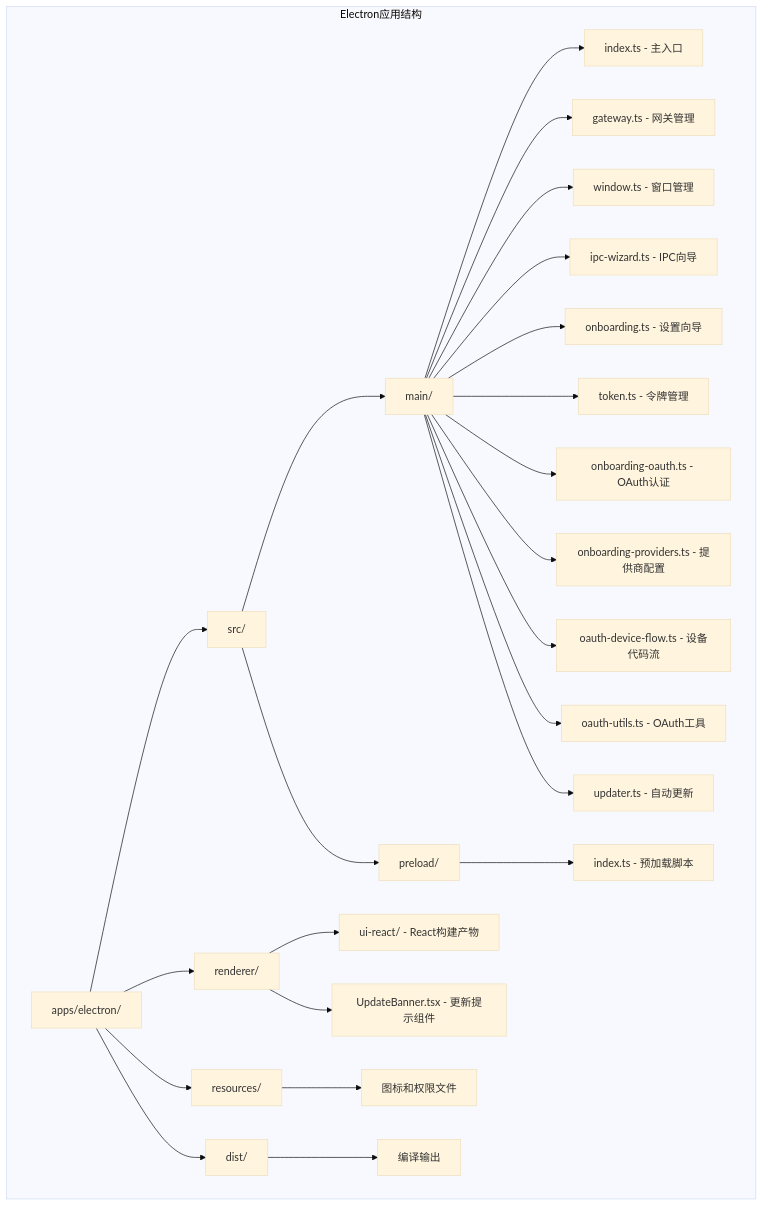
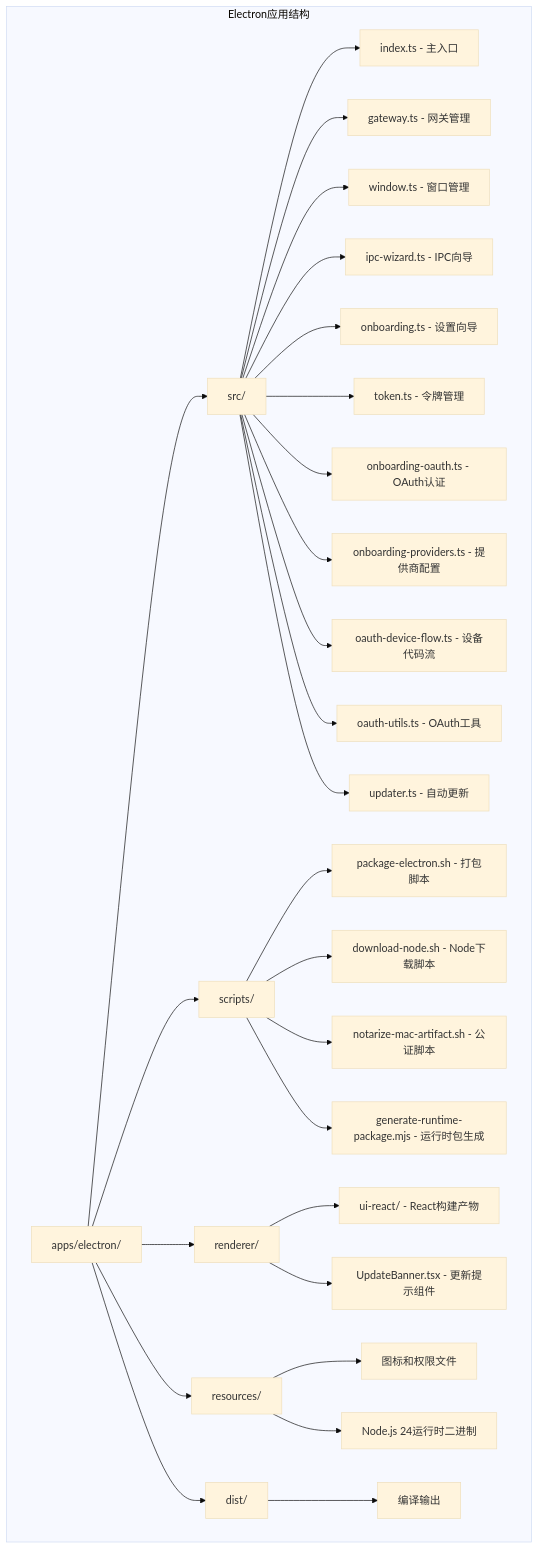
Before and after one commit to verse-ai-org/openclaw: the first of 41 diagrams in .qoder/repowiki/zh/content/核心概念/Electron应用增强.md, drawn with Mermaid (base theme). The commit also changed other lines of this file and 22 other files, not shown here.

````diff
--- a/.qoder/repowiki/zh/content/核心概念/Electron应用增强.md
+++ b/.qoder/repowiki/zh/content/核心概念/Electron应用增强.md
@@ -90,27 +105,30 @@
 ```mermaid
 graph TB
 subgraph "Electron应用结构"
 A[apps/electron/] --> B[src/]
 A --> C[renderer/]
 A --> D[resources/]
 A --> E[dist/]
-B --> F[main/]
-B --> G[preload/]
-F --> H[index.ts - 主入口]
-F --> I[gateway.ts - 网关管理]
-F --> J[window.ts - 窗口管理]
-F --> K[ipc-wizard.ts - IPC向导]
-F --> L[onboarding.ts - 设置向导]
-F --> M[token.ts - 令牌管理]
-F --> N[onboarding-oauth.ts - OAuth认证]
-F --> O[onboarding-providers.ts - 提供商配置]
-F --> P[oauth-device-flow.ts - 设备代码流]
-F --> Q[oauth-utils.ts - OAuth工具]
-F --> R[updater.ts - 自动更新]
-G --> S[index.ts - 预加载脚本]
-C --> T[ui-react/ - React构建产物]
-C --> U[UpdateBanner.tsx - 更新提示组件]
-D --> V[图标和权限文件]
-E --> W[编译输出]
+A --> F[scripts/]
+B --> G[index.ts - 主入口]
+B --> H[gateway.ts - 网关管理]
+B --> I[window.ts - 窗口管理]
+B --> J[ipc-wizard.ts - IPC向导]
+B --> K[onboarding.ts - 设置向导]
+B --> L[token.ts - 令牌管理]
+B --> M[onboarding-oauth.ts - OAuth认证]
+B --> N[onboarding-providers.ts - 提供商配置]
+B --> O[oauth-device-flow.ts - 设备代码流]
+B --> P[oauth-utils.ts - OAuth工具]
+B --> Q[updater.ts - 自动更新]
+F --> R[package-electron.sh - 打包脚本]
+F --> S[download-node.sh - Node下载脚本]
+F --> T[notarize-mac-artifact.sh - 公证脚本]
+F --> U[generate-runtime-package.mjs - 运行时包生成]
+C --> V[ui-react/ - React构建产物]
+C --> W[UpdateBanner.tsx - 更新提示组件]
+D --> X[图标和权限文件]
+D --> Y[Node.js 24运行时二进制]
+E --> Z[编译输出]
 end
 ```
````
